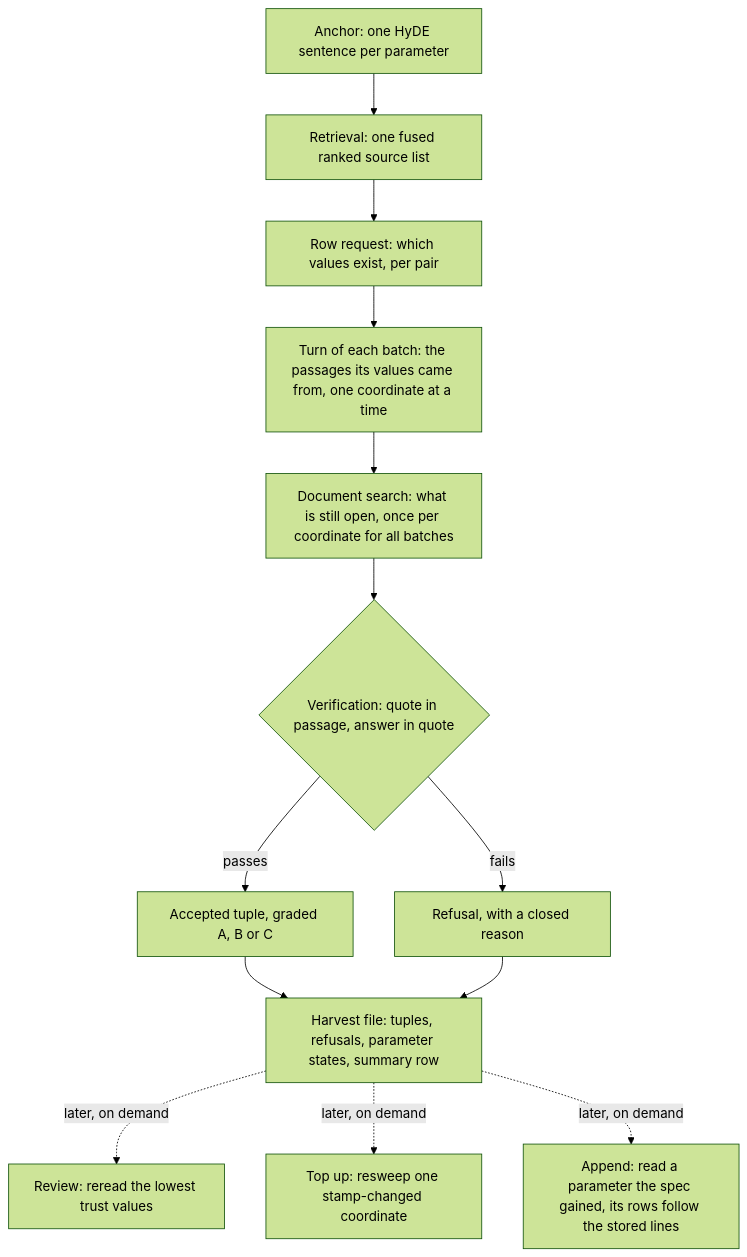
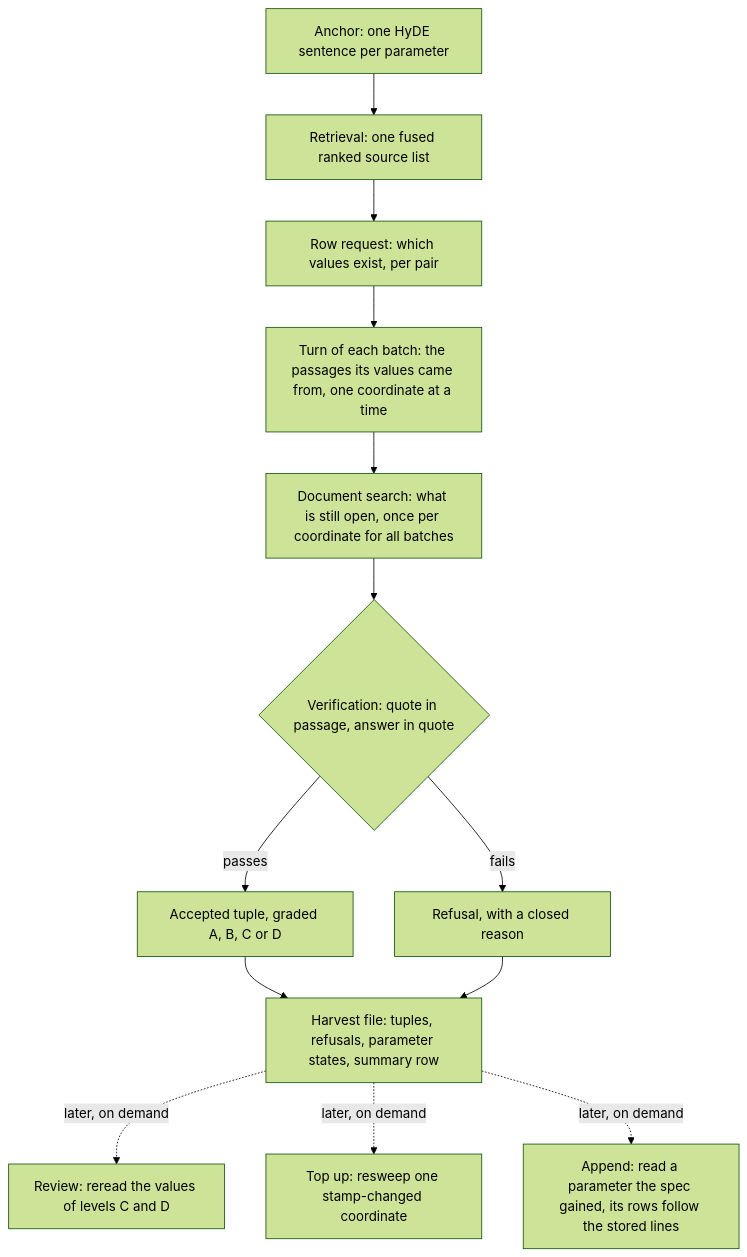
Before and after one commit to OpenEnergyPlatform/municipal-heat-planning-pdf-processing: the first of 2 diagrams in docs/_intros/stages/extraction.md, drawn with Mermaid (forest theme). The commit also changed other lines of this file and 83 other files, not shown here.

````diff
--- a/docs/_intros/stages/extraction.md
+++ b/docs/_intros/stages/extraction.md
@@ -43,15 +43,15 @@
 ```mermaid
 flowchart TD
     anchor[Anchor: one HyDE sentence per parameter] --> retrieve[Retrieval: one fused ranked source list]
     retrieve --> rows[Row request: which values exist, per pair]
     rows --> turn[Turn of each batch: the passages its values came from, one coordinate at a time]
     turn --> sweep[Document search: what is still open, once per coordinate for all batches]
     sweep --> verify{Verification: quote in passage, answer in quote}
-    verify -->|passes| tuple[Accepted tuple, graded A, B or C]
+    verify -->|passes| tuple[Accepted tuple, graded A, B, C or D]
     verify -->|fails| refusal[Refusal, with a closed reason]
     tuple --> harvest[Harvest file: tuples, refusals, parameter states, summary row]
     refusal --> harvest
-    harvest -. later, on demand .-> review[Review: reread the lowest trust values]
+    harvest -. later, on demand .-> review[Review: reread the values of levels C and D]
     harvest -. later, on demand .-> topup[Top up: resweep one stamp-changed coordinate]
     harvest -. later, on demand .-> append[Append: read a parameter the spec gained, its rows follow the stored lines]
 ```
````
